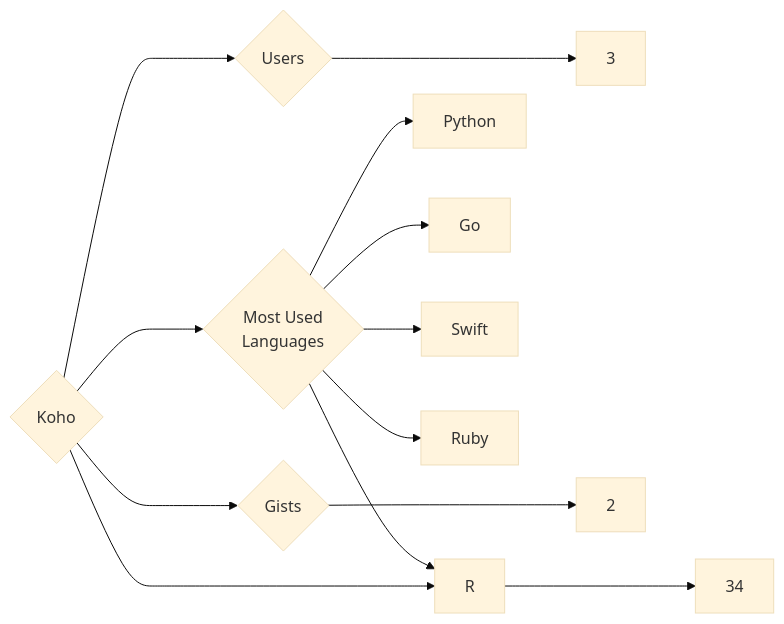
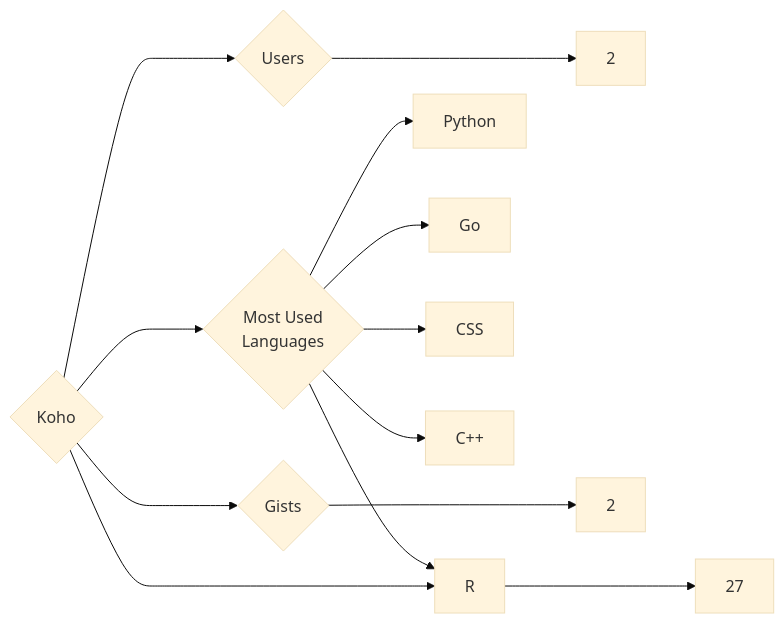
Before and after one commit to trickest/insiders: the diagram in targets/Koho/README.md, drawn with Mermaid (base theme). The commit also changed 629 other files, not shown here.

````diff
--- a/targets/Koho/README.md
+++ b/targets/Koho/README.md
@@ -3,13 +3,13 @@
 ```mermaid
 graph LR
 COMPANY_NAME{Koho}
-COMPANY_NAME ---> U{Users} ---> UN[3]
-COMPANY_NAME ---> R{Repositories} ---> RN[34]
+COMPANY_NAME ---> U{Users} ---> UN[2]
+COMPANY_NAME ---> R{Repositories} ---> RN[27]
 COMPANY_NAME ---> G{Gists} ---> GN[2]
 COMPANY_NAME ---> ML{Most Used<br>Languages}
 ML --> Python[Python]
 ML --> Go[Go]
-ML --> Swift[Swift]
-ML --> Ruby[Ruby]
 ML --> R[R]
+ML --> CSS[CSS]
+ML --> C++[C++]
 ```
````
